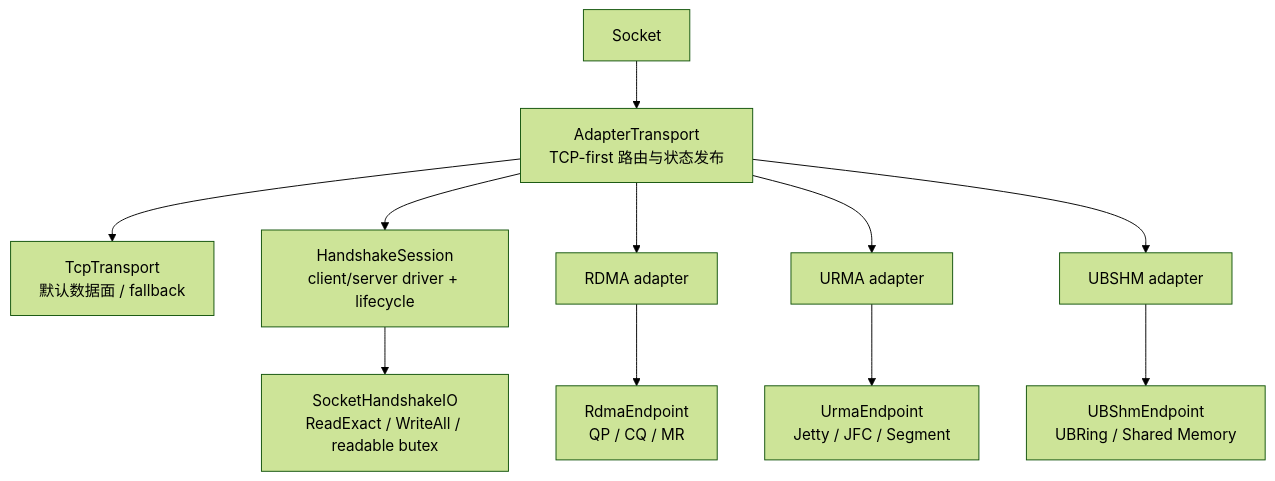
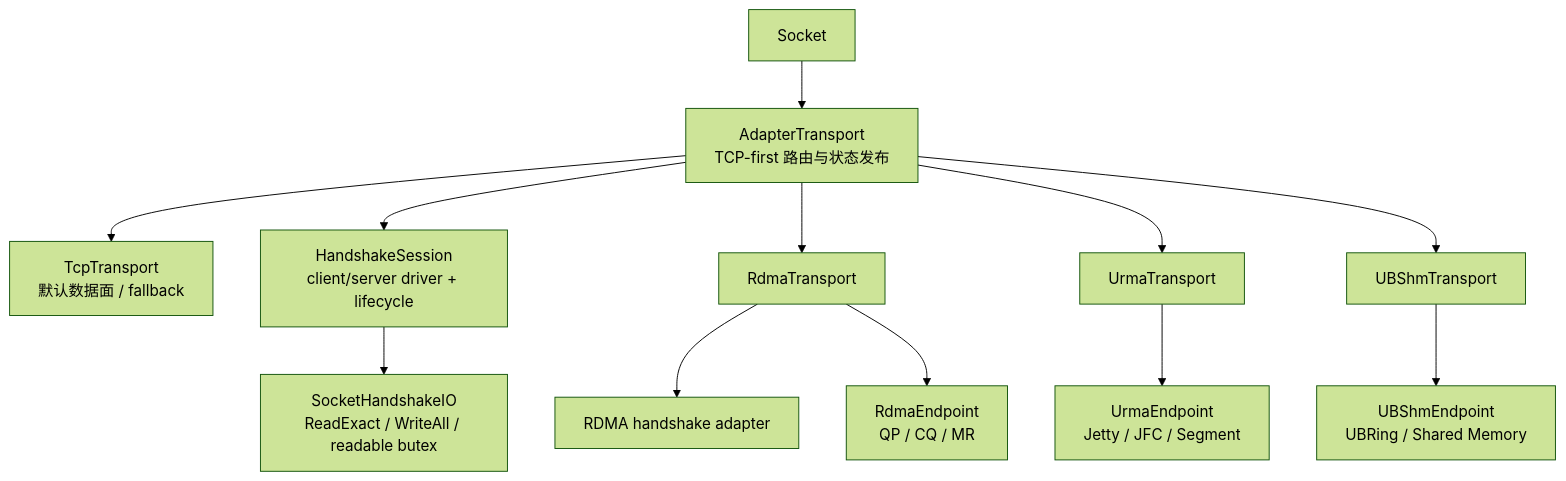
One commit to LinQuickDev/brpc changed the first of 5 diagrams in docs/cn/handshake_common_design.md. Above: the diagram before and after it, drawn with Mermaid (forest theme). The commit also changed other lines of this file and 12 other files, not shown here.

Commit message:
Make AdapterTransport the top-level transport

````diff
--- a/docs/cn/handshake_common_design.md
+++ b/docs/cn/handshake_common_design.md
@@ -132,13 +132,14 @@
 ```mermaid
 flowchart TB
     S["Socket"] --> UT["AdapterTransport\nTCP-first 路由与状态发布"]
     UT --> TCP["TcpTransport\n默认数据面 / fallback"]
     UT --> HS["HandshakeSession\nclient/server driver + lifecycle"]
     HS --> IO["SocketHandshakeIO\nReadExact / WriteAll / readable butex"]
-    UT --> RA["RDMA adapter"]
-    UT --> UA["URMA adapter"]
-    UT --> BA["UBSHM adapter"]
-    RA --> RE["RdmaEndpoint\nQP / CQ / MR"]
-    UA --> UE["UrmaEndpoint\nJetty / JFC / Segment"]
-    BA --> BE["UBShmEndpoint\nUBRing / Shared Memory"]
+    UT --> RT["RdmaTransport"]
+    UT --> UTRA["UrmaTransport"]
+    UT --> BT["UBShmTransport"]
+    RT --> RA["RDMA handshake adapter"]
+    RT --> RE["RdmaEndpoint\nQP / CQ / MR"]
+    UTRA --> UE["UrmaEndpoint\nJetty / JFC / Segment"]
+    BT --> BE["UBShmEndpoint\nUBRing / Shared Memory"]
 ```
````
